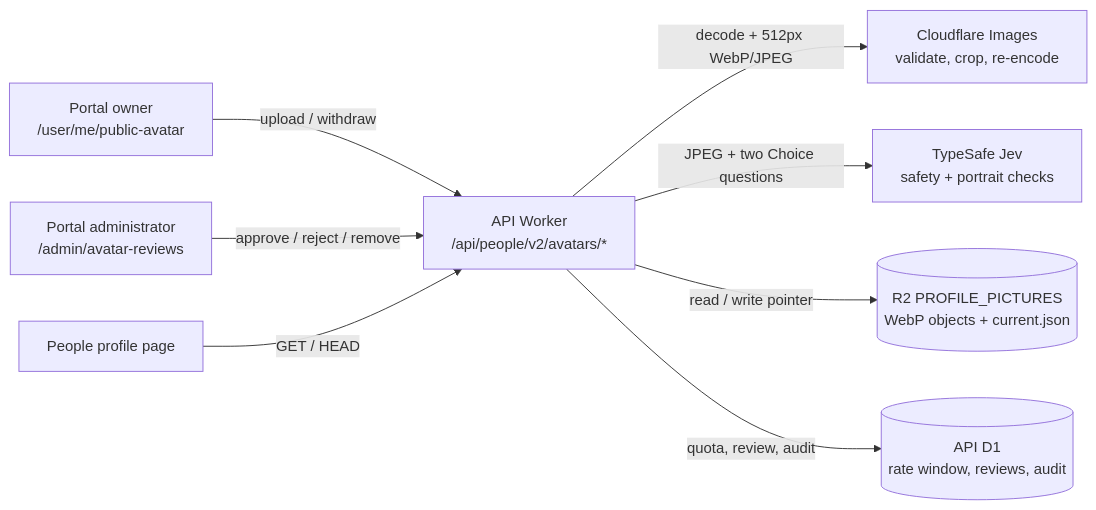
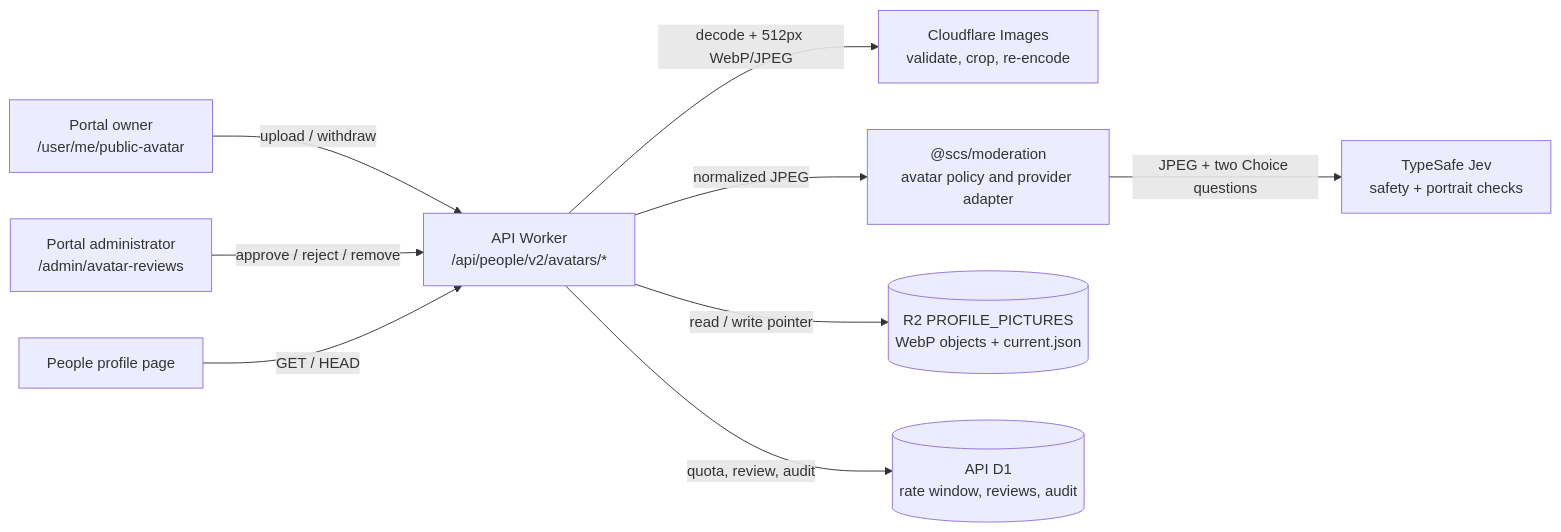
One commit to shamilaw-sci/CSC3213_20_Group_B changed the first of 4 diagrams in docs/PUBLIC_AVATARS.md. Above: the diagram before and after it, drawn with Mermaid. The commit also changed other lines of this file and 16 other files, not shown here.

Commit message:
refactor(moderation): extract avatar moderation package

````diff
--- a/docs/PUBLIC_AVATARS.md
+++ b/docs/PUBLIC_AVATARS.md
@@ -23,19 +23,21 @@
 ```mermaid
 flowchart LR
   Owner["Portal owner<br/>/user/me/public-avatar"]
   Admin["Portal administrator<br/>/admin/avatar-reviews"]
   People["People profile page"]
   API["API Worker<br/>/api/people/v2/avatars/*"]
   Images["Cloudflare Images<br/>validate, crop, re-encode"]
+  Moderation["@scs/moderation<br/>avatar policy and provider adapter"]
   Jev["TypeSafe Jev<br/>safety + portrait checks"]
   R2[("R2 PROFILE_PICTURES<br/>WebP objects + current.json")]
   D1[("API D1<br/>rate window, reviews, audit")]
 
   Owner -->|"upload / withdraw"| API
   Admin -->|"approve / reject / remove"| API
   People -->|"GET / HEAD"| API
   API -->|"decode + 512px WebP/JPEG"| Images
-  API -->|"JPEG + two Choice questions"| Jev
+  API -->|"normalized JPEG"| Moderation
+  Moderation -->|"JPEG + two Choice questions"| Jev
   API -->|"read / write pointer"| R2
   API -->|"quota, review, audit"| D1
 ```
````
